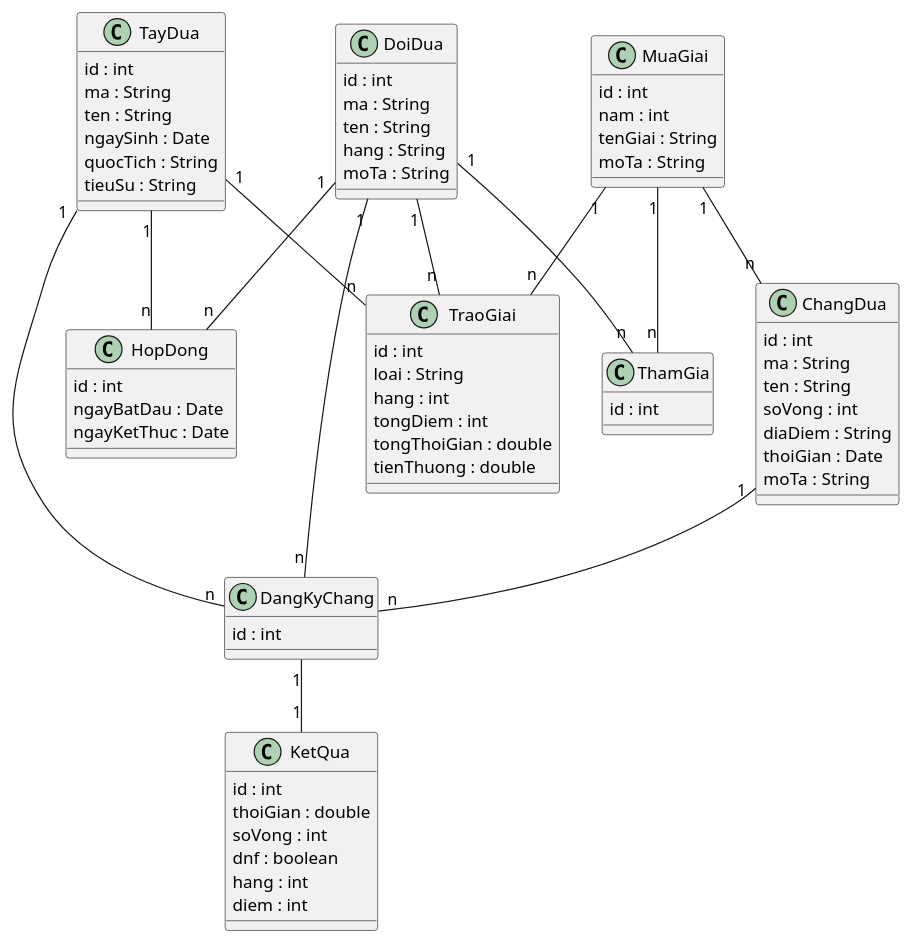
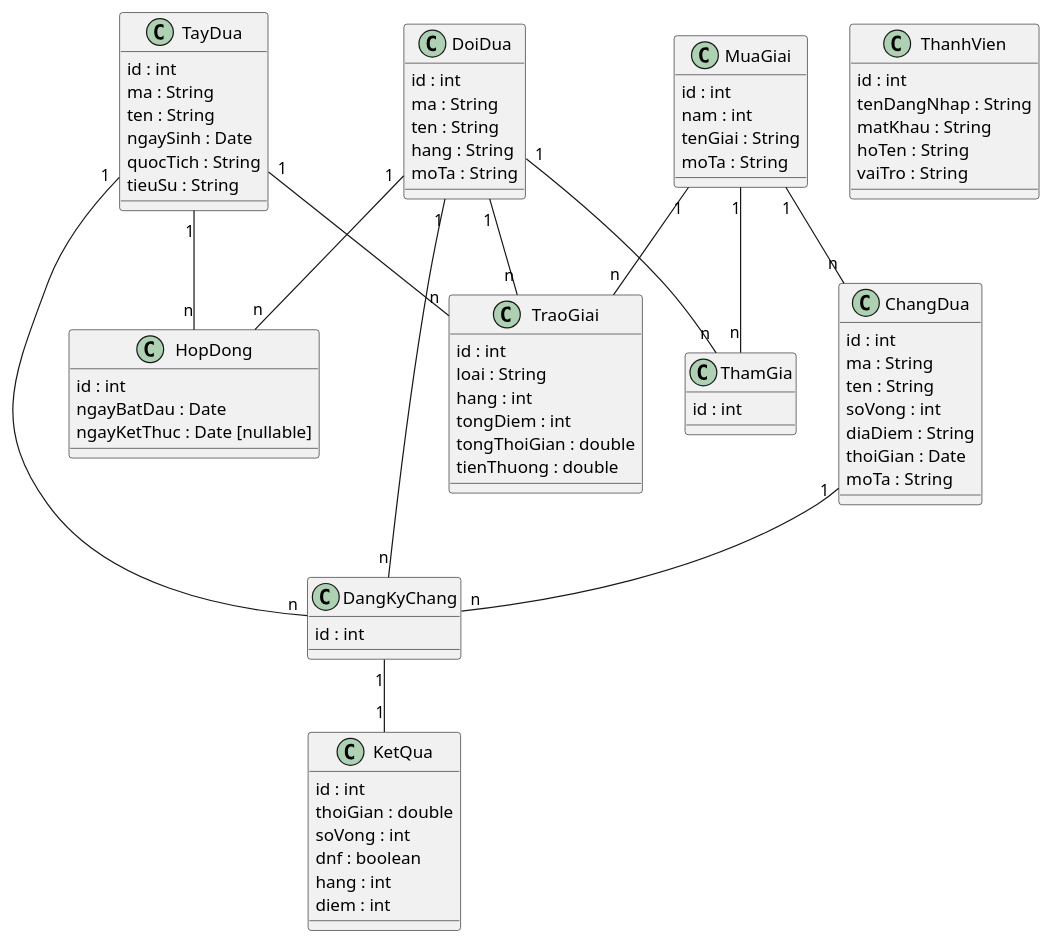
Before and after one commit to 7gho/CNPM-He2026: the diagram in docs/03-lop-thuc-the-va-csdl.md, drawn with PlantUML. The commit also changed other lines of this file and 9 other files, not shown here.

Commit message:
System-wide consistency + completeness pass (audit-driven): add ThanhVien entity, mua giai/tham gia UCs, restore M1 auto-close, English DAO naming, fix M4 KetQua joins

````diff
--- a/docs/03-lop-thuc-the-va-csdl.md
+++ b/docs/03-lop-thuc-the-va-csdl.md
@@ -46,74 +52,81 @@
 ```plantuml
 @startuml
 class MuaGiai {
   id : int
   nam : int
   tenGiai : String
   moTa : String
 }
 class ChangDua {
   id : int
   ma : String
   ten : String
   soVong : int
   diaDiem : String
   thoiGian : Date
   moTa : String
 }
 class DoiDua {
   id : int
   ma : String
   ten : String
   hang : String
   moTa : String
 }
 class TayDua {
   id : int
   ma : String
   ten : String
   ngaySinh : Date
   quocTich : String
   tieuSu : String
 }
 class HopDong {
   id : int
   ngayBatDau : Date
-  ngayKetThuc : Date
+  ngayKetThuc : Date [nullable]
 }
 class DangKyChang {
   id : int
 }
 class KetQua {
   id : int
   thoiGian : double
   soVong : int
   dnf : boolean
   hang : int
   diem : int
 }
 class TraoGiai {
   id : int
   loai : String
   hang : int
   tongDiem : int
   tongThoiGian : double
   tienThuong : double
 }
 class ThamGia {
   id : int
 }
+class ThanhVien {
+  id : int
+  tenDangNhap : String
+  matKhau : String
+  hoTen : String
+  vaiTro : String
+}
 
 MuaGiai "1" -- "n" ChangDua
 MuaGiai "1" -- "n" ThamGia
 DoiDua "1" -- "n" ThamGia
 TayDua "1" -- "n" HopDong
 DoiDua "1" -- "n" HopDong
 ChangDua "1" -- "n" DangKyChang
 TayDua "1" -- "n" DangKyChang
 DoiDua "1" -- "n" DangKyChang
 DangKyChang "1" -- "1" KetQua
 MuaGiai "1" -- "n" TraoGiai
 TayDua "1" -- "n" TraoGiai
 DoiDua "1" -- "n" TraoGiai
 @enduml
 ```
````
